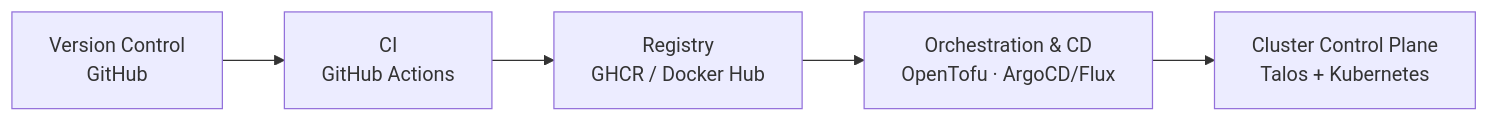
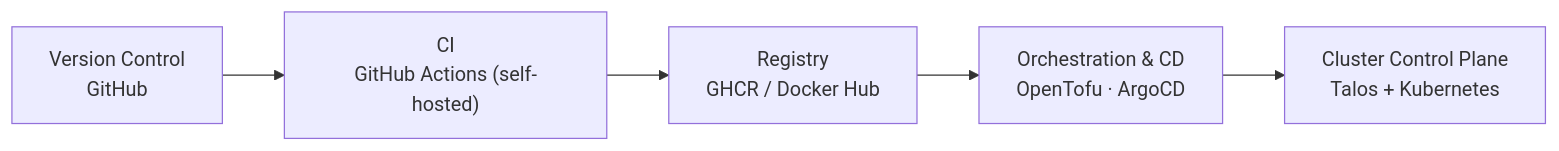
One commit to teststuffstash/homelab changed the third of 6 diagrams in ARCHITECTURE.md. Above: the diagram before and after it, drawn with Mermaid. The commit also changed other lines of this file and 33 other files, not shown here.

````diff
--- a/ARCHITECTURE.md
+++ b/ARCHITECTURE.md
@@ -66,7 +66,7 @@
 ```mermaid
 flowchart LR
-    VC["Version Control<br/>GitHub"] --> CI["CI<br/>GitHub Actions"]
+    VC["Version Control<br/>GitHub"] --> CI["CI<br/>GitHub Actions (self-hosted)"]
     CI --> REG["Registry<br/>GHCR / Docker Hub"]
-    REG --> CD["Orchestration & CD<br/>OpenTofu · ArgoCD/Flux"]
+    REG --> CD["Orchestration & CD<br/>OpenTofu · ArgoCD"]
     CD --> CCP["Cluster Control Plane<br/>Talos + Kubernetes"]
 ```
````
